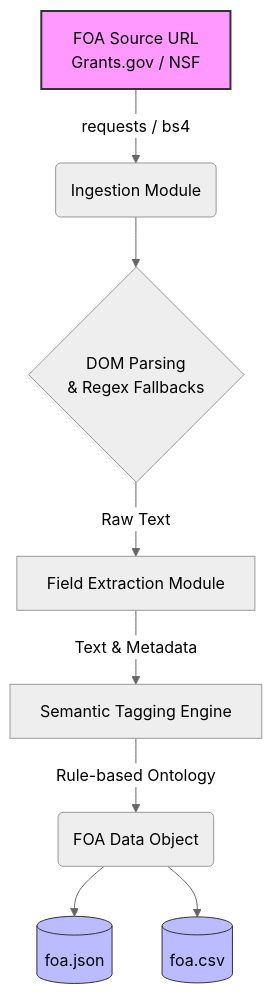
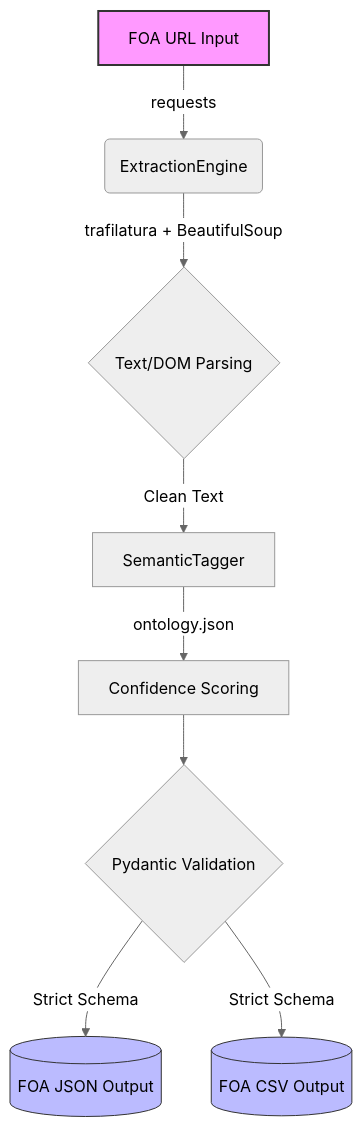
The diagram in README.md (eskayML/gsoc2026-issr4-foa-ingestion), drawn with Mermaid (neutral theme) before and after one commit. The commit also changed other lines of this file and 3 other files, not shown here.

Commit message:
feat: Upgrade architecture with Pydantic validation, Trafilatura extraction, Weighted Semantic Tagging, and Rich CLI UI

````diff
--- a/README.md
+++ b/README.md
@@ -10,14 +10,14 @@
 ```mermaid
 graph TD
-    A[FOA Source URL<br>Grants.gov / NSF] -->|requests / bs4| B(Ingestion Module)
-    B --> C{DOM Parsing<br>& Regex Fallbacks}
-    C -->|Raw Text| D[Field Extraction Module]
-    D -->|Text & Metadata| E[Semantic Tagging Engine]
-    E -->|Rule-based Ontology| F(FOA Data Object)
-    F --> G[(foa.json)]
-    F --> H[(foa.csv)]
+    A[FOA URL Input] -->|requests| B(ExtractionEngine)
+    B -->|trafilatura + BeautifulSoup| C{Text/DOM Parsing}
+    C -->|Clean Text| D[SemanticTagger]
+    D -->|ontology.json| E[Confidence Scoring]
+    E --> F{Pydantic Validation}
+    F -->|Strict Schema| G[(FOA JSON Output)]
+    F -->|Strict Schema| H[(FOA CSV Output)]
     
     style A fill:#f9f,stroke:#333,stroke-width:2px
     style G fill:#bbf,stroke:#333,stroke-width:1px
     style H fill:#bbf,stroke:#333,stroke-width:1px
 ```
````
